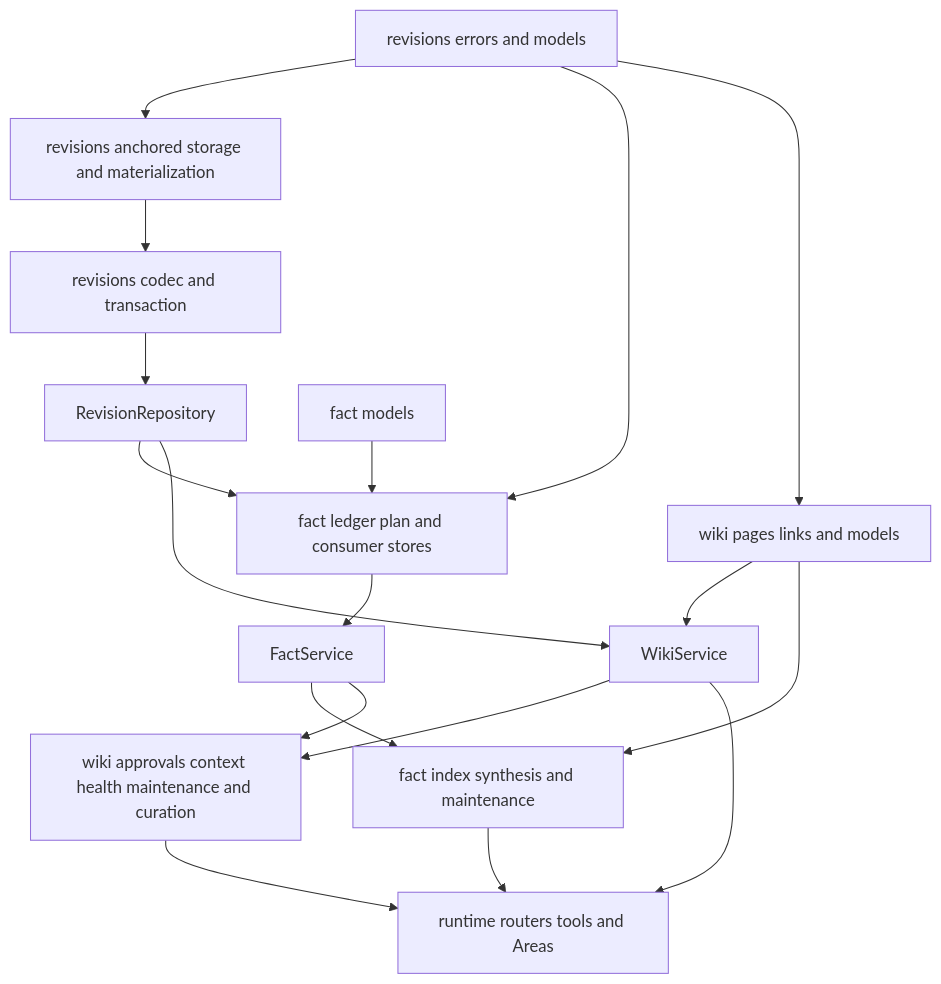
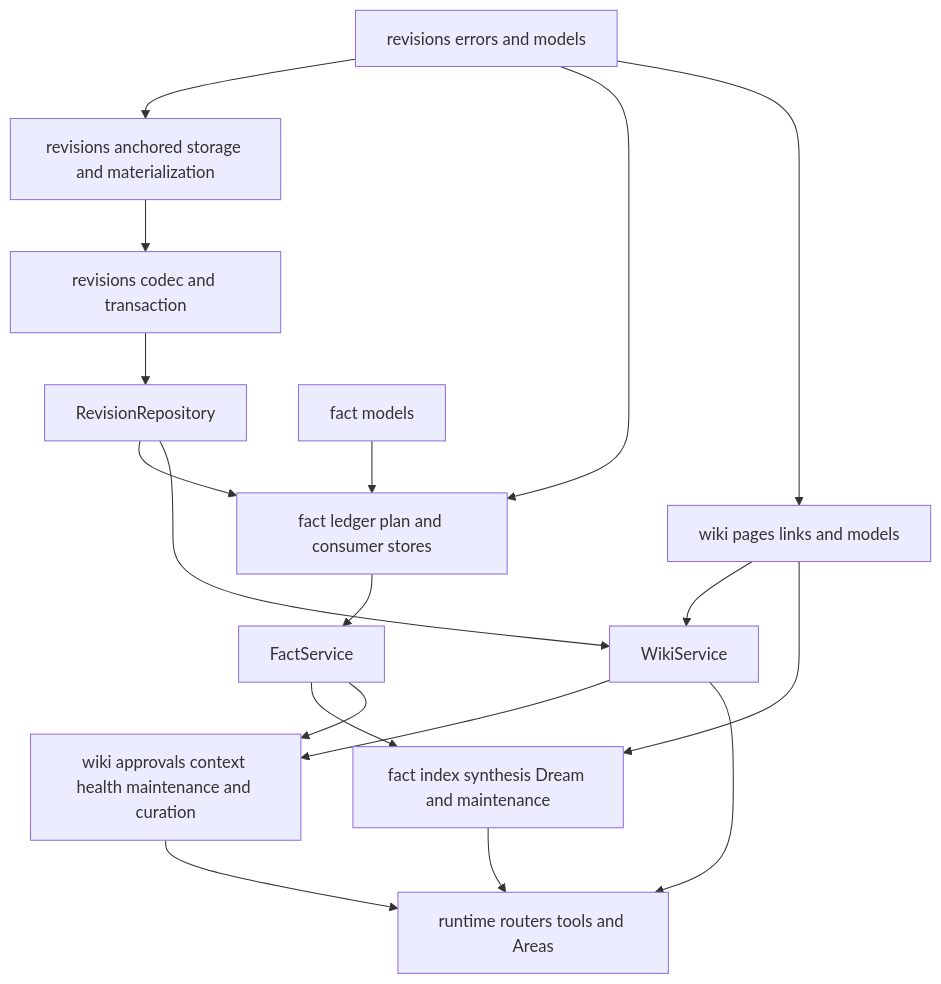
Before and after one commit to esceptico/arden: the first of 2 diagrams in docs/architecture/wiki-memory-dependencies.md, drawn with Mermaid. The commit also changed other lines of this file and 28 other files, not shown here.

````diff
--- a/docs/architecture/wiki-memory-dependencies.md
+++ b/docs/architecture/wiki-memory-dependencies.md
@@ -17,39 +17,39 @@
 ```mermaid
 flowchart TD
   revision_values["revisions errors and models"]
   revision_storage["revisions anchored storage and materialization"]
   revision_transaction["revisions codec and transaction"]
   repository["RevisionRepository"]
 
   fact_values["fact models"]
   fact_storage["fact ledger plan and consumer stores"]
   fact_service["FactService"]
-  fact_workers["fact index synthesis and maintenance"]
+  fact_workers["fact index synthesis Dream and maintenance"]
 
   wiki_values["wiki pages links and models"]
   wiki_service["WikiService"]
   wiki_workers["wiki approvals context health maintenance and curation"]
 
   delivery["runtime routers tools and Areas"]
 
   revision_values --> revision_storage
   revision_storage --> revision_transaction
   revision_transaction --> repository
 
   revision_values --> fact_storage
   repository --> fact_storage
   fact_values --> fact_storage
   fact_storage --> fact_service
   fact_service --> fact_workers
 
   revision_values --> wiki_values
   repository --> wiki_service
   wiki_values --> wiki_service
   wiki_service --> wiki_workers
 
   wiki_values --> fact_workers
   fact_service --> wiki_workers
   fact_workers --> delivery
   wiki_workers --> delivery
   wiki_service --> delivery
 ```
````
